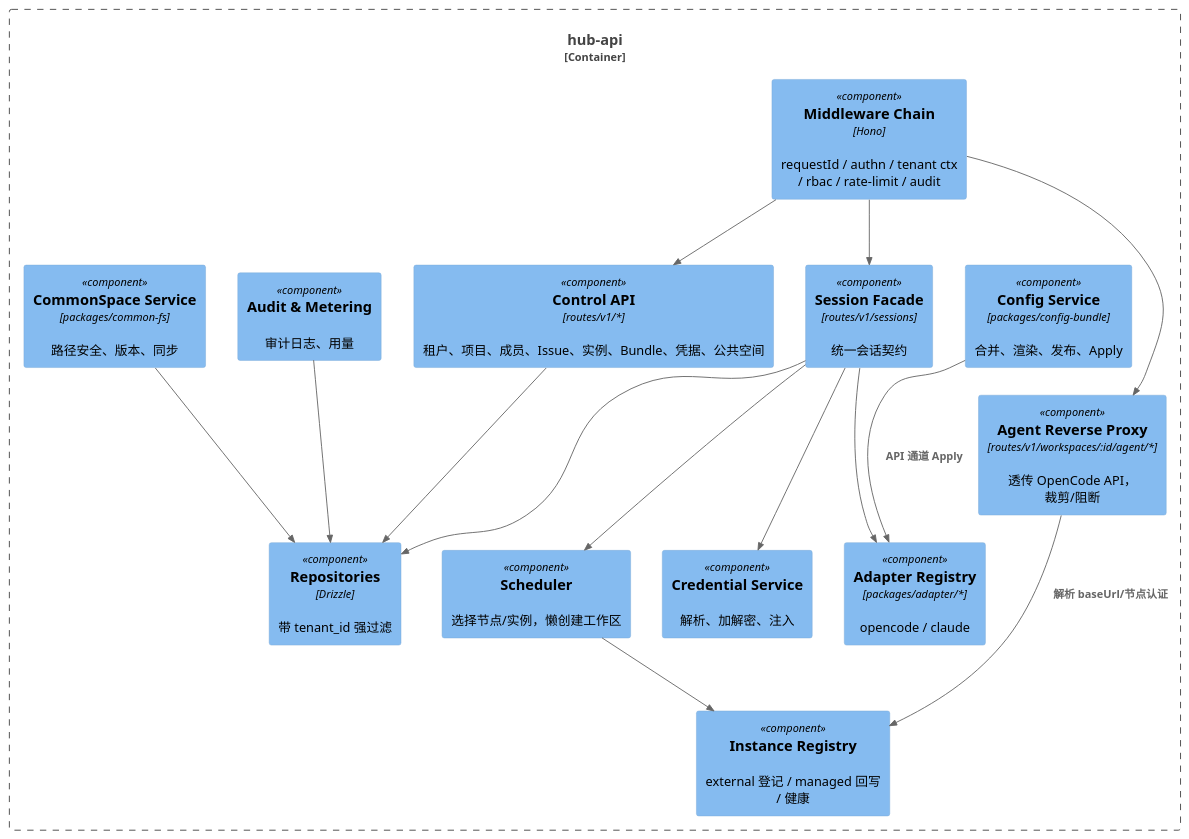
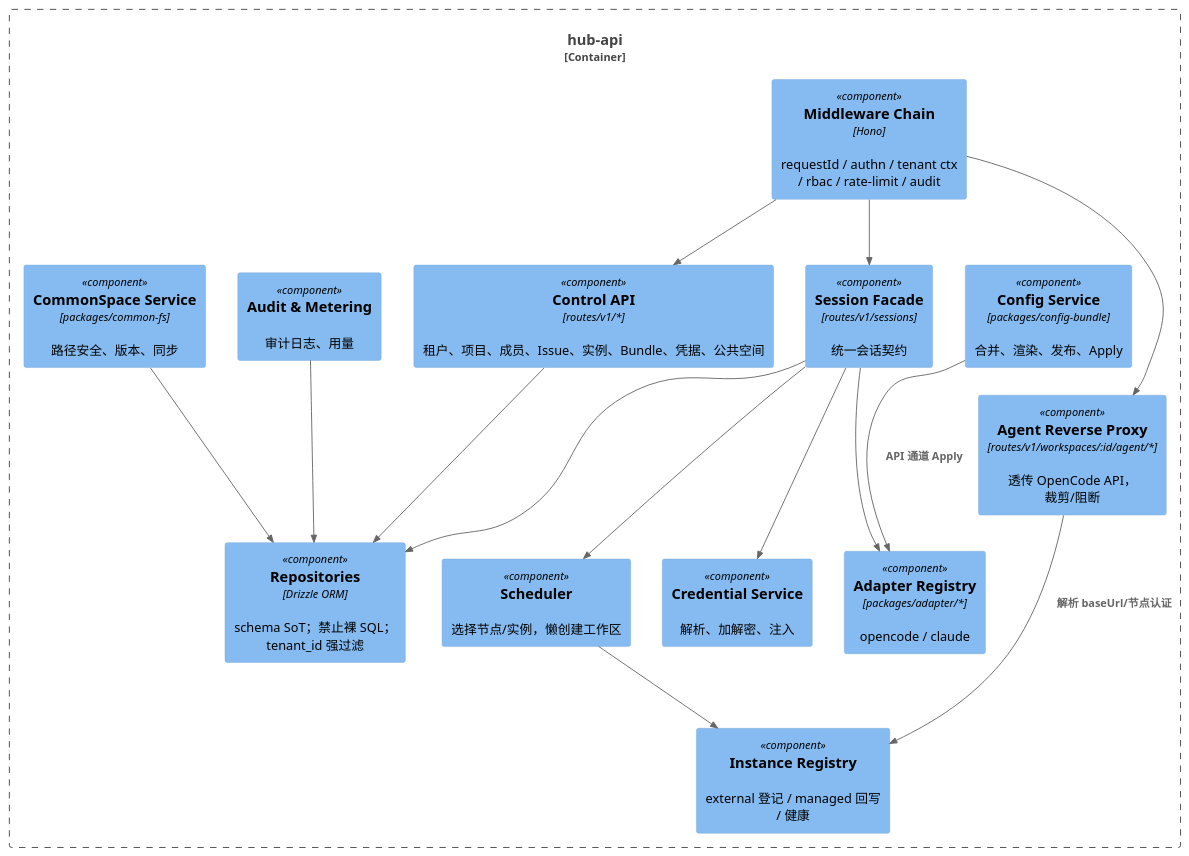
Before and after one commit to JackLuguibin/AgentHubEx: the third of 5 diagrams in docs/architecture/01-system-overview.md, drawn with PlantUML. The commit also changed other lines of this file and 18 other files, not shown here.

First line of the commit message:
docs: align architecture on React SPA, Drizzle, open-source, intranet

````diff
--- a/docs/architecture/01-system-overview.md
+++ b/docs/architecture/01-system-overview.md
@@ -91,34 +91,34 @@
 ```plantuml
 @startuml components
 !include <C4/C4_Component>
 
 Container_Boundary(api, "hub-api") {
   Component(mw, "Middleware Chain", "Hono", "requestId / authn / tenant ctx / rbac / rate-limit / audit")
   Component(ctl, "Control API", "routes/v1/*", "租户、项目、成员、Issue、实例、Bundle、凭据、公共空间")
   Component(facade, "Session Facade", "routes/v1/sessions", "统一会话契约")
   Component(proxy, "Agent Reverse Proxy", "routes/v1/workspaces/:id/agent/*", "透传 OpenCode API，裁剪/阻断")
   Component(adapter, "Adapter Registry", "packages/adapter/*", "opencode / claude")
   Component(sched, "Scheduler", "", "选择节点/实例，懒创建工作区")
   Component(cred, "Credential Service", "", "解析、加解密、注入")
   Component(cfg, "Config Service", "packages/config-bundle", "合并、渲染、发布、Apply")
   Component(cfs, "CommonSpace Service", "packages/common-fs", "路径安全、版本、同步")
   Component(reg, "Instance Registry", "", "external 登记 / managed 回写 / 健康")
   Component(audit, "Audit & Metering", "", "审计日志、用量")
-  Component(repo, "Repositories", "Drizzle", "带 tenant_id 强过滤")
+  Component(repo, "Repositories", "Drizzle ORM", "schema SoT；禁止裸 SQL；tenant_id 强过滤")
 }
 
 Rel(mw, ctl, "")
 Rel(mw, facade, "")
 Rel(mw, proxy, "")
 Rel(facade, adapter, "")
 Rel(facade, sched, "")
 Rel(facade, cred, "")
 Rel(proxy, reg, "解析 baseUrl/节点认证")
 Rel(sched, reg, "")
 Rel(cfg, adapter, "API 通道 Apply")
 Rel(ctl, repo, "")
 Rel(facade, repo, "")
 Rel(cfs, repo, "")
 Rel(audit, repo, "")
 @enduml
 ```
````
